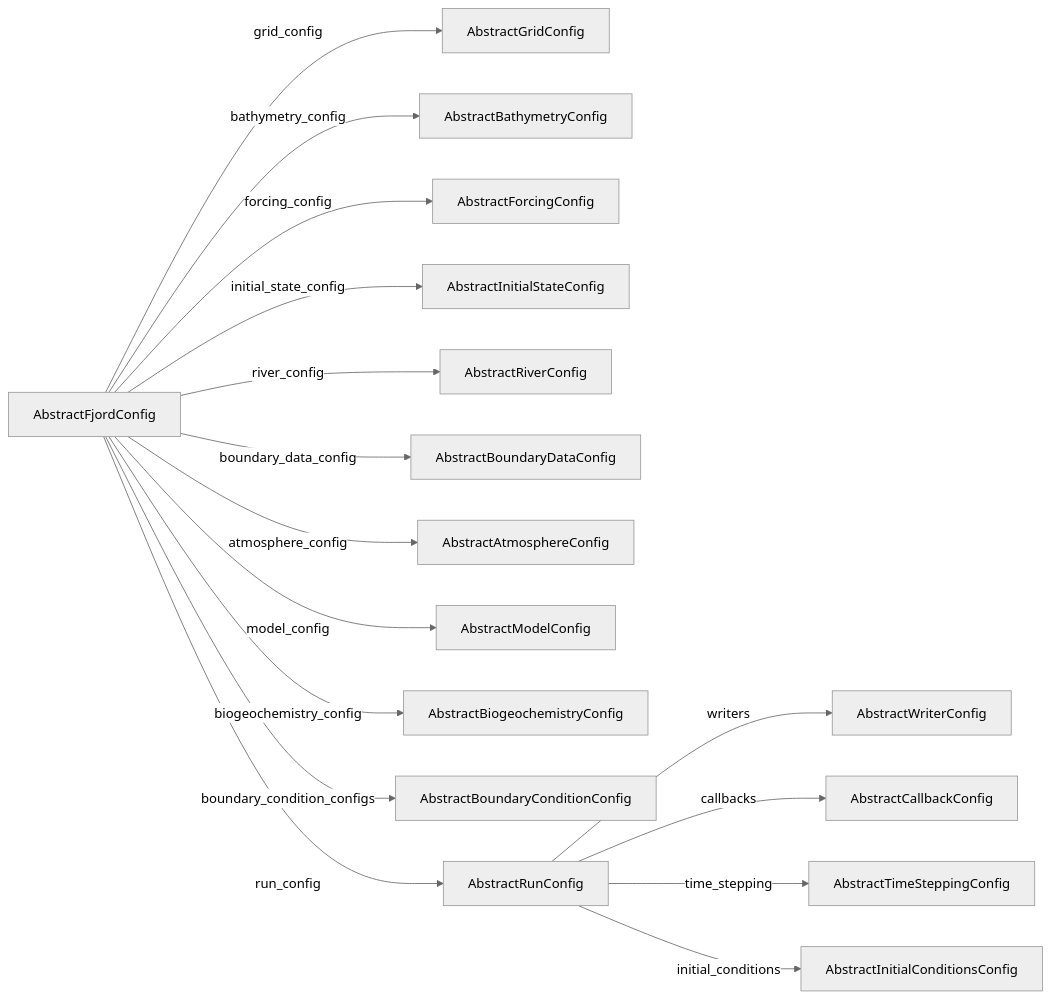
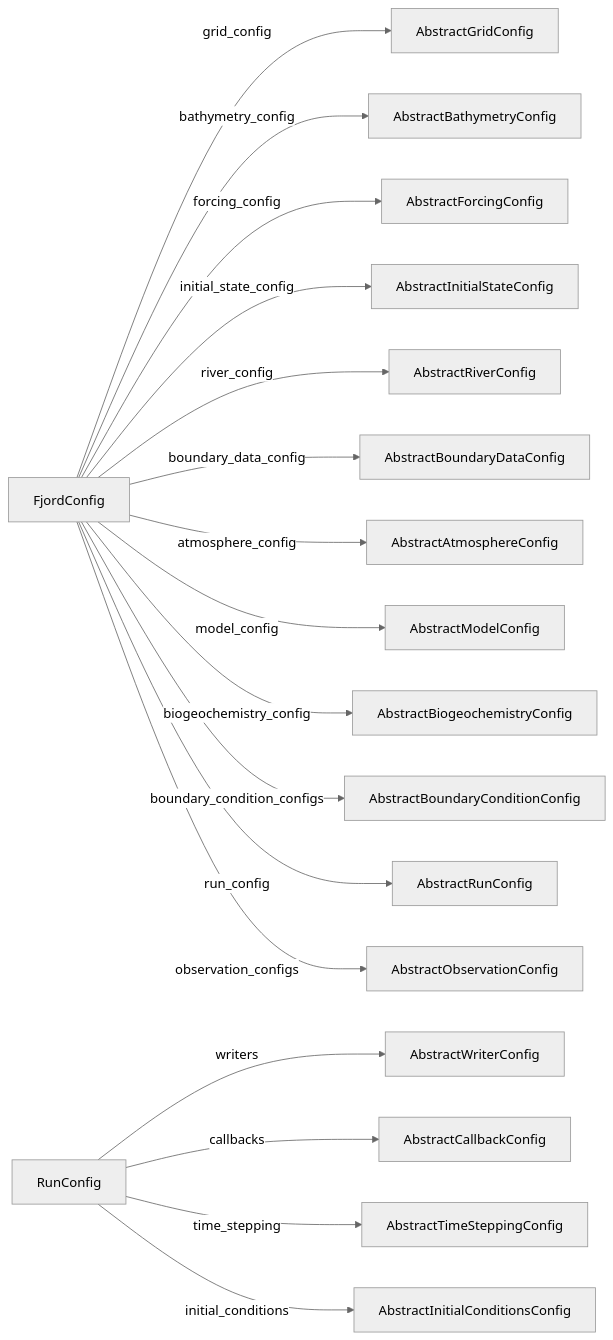
The diagram in docs/dispatch-map.md (NIVANorge/FjordSim.jl), drawn with Mermaid (neutral theme) before and after one commit. The commit also changed other lines of this file and 2 other files, not shown here.

Commit message:
Draw the dispatch map from real methods and bring it up to date
- The components graph starts each arrow at a built-in type that has a method of
  the accessor (FjordConfig -- run_config --> AbstractRunConfig), not at the
  supertype whose docstring lists it: a new AbstractFjordConfig subtype that adds
  an accessor gets its own arrow, and one lacking a required accessor gets none.
- A step's row names every function it hands the whole setup to besides the
  accessors, so run_simulation shows it builds through build_simulation.
- AbstractWriterConfig lists writer_keys and station_output as hooks and `name`
  as a field, and points to the map for its eight built-in writers.
- Regenerated: the map predated observation_configs.

````diff
--- a/docs/dispatch-map.md
+++ b/docs/dispatch-map.md
@@ -14,18 +17,19 @@
 ```mermaid
 flowchart LR
-    AbstractFjordConfig -- grid_config --> AbstractGridConfig
-    AbstractFjordConfig -- bathymetry_config --> AbstractBathymetryConfig
-    AbstractFjordConfig -- forcing_config --> AbstractForcingConfig
-    AbstractFjordConfig -- initial_state_config --> AbstractInitialStateConfig
-    AbstractFjordConfig -- river_config --> AbstractRiverConfig
-    AbstractFjordConfig -- boundary_data_config --> AbstractBoundaryDataConfig
-    AbstractFjordConfig -- atmosphere_config --> AbstractAtmosphereConfig
-    AbstractFjordConfig -- model_config --> AbstractModelConfig
-    AbstractFjordConfig -- biogeochemistry_config --> AbstractBiogeochemistryConfig
-    AbstractFjordConfig -- boundary_condition_configs --> AbstractBoundaryConditionConfig
-    AbstractFjordConfig -- run_config --> AbstractRunConfig
-    AbstractRunConfig -- writers --> AbstractWriterConfig
-    AbstractRunConfig -- callbacks --> AbstractCallbackConfig
-    AbstractRunConfig -- time_stepping --> AbstractTimeSteppingConfig
-    AbstractRunConfig -- initial_conditions --> AbstractInitialConditionsConfig
+    FjordConfig -- grid_config --> AbstractGridConfig
+    FjordConfig -- bathymetry_config --> AbstractBathymetryConfig
+    FjordConfig -- forcing_config --> AbstractForcingConfig
+    FjordConfig -- initial_state_config --> AbstractInitialStateConfig
+    FjordConfig -- river_config --> AbstractRiverConfig
+    FjordConfig -- boundary_data_config --> AbstractBoundaryDataConfig
+    FjordConfig -- atmosphere_config --> AbstractAtmosphereConfig
+    FjordConfig -- model_config --> AbstractModelConfig
+    FjordConfig -- biogeochemistry_config --> AbstractBiogeochemistryConfig
+    FjordConfig -- boundary_condition_configs --> AbstractBoundaryConditionConfig
+    FjordConfig -- run_config --> AbstractRunConfig
+    FjordConfig -- observation_configs --> AbstractObservationConfig
+    RunConfig -- writers --> AbstractWriterConfig
+    RunConfig -- callbacks --> AbstractCallbackConfig
+    RunConfig -- time_stepping --> AbstractTimeSteppingConfig
+    RunConfig -- initial_conditions --> AbstractInitialConditionsConfig
 ```
````
